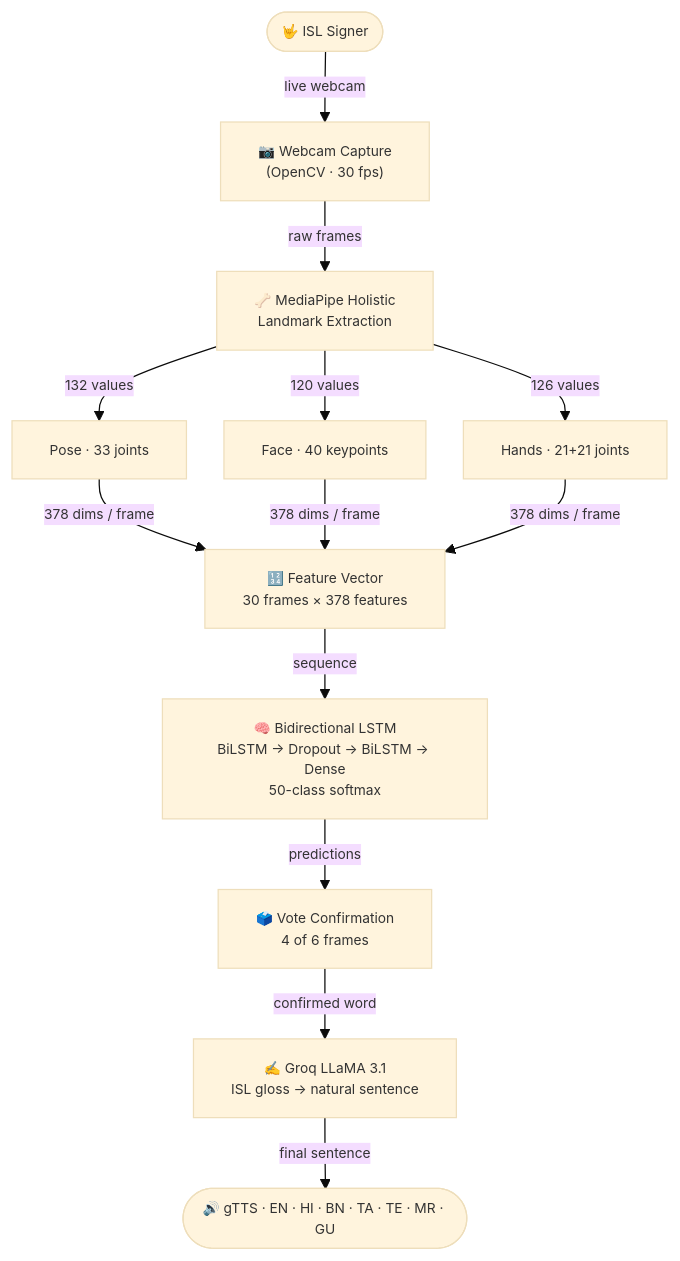
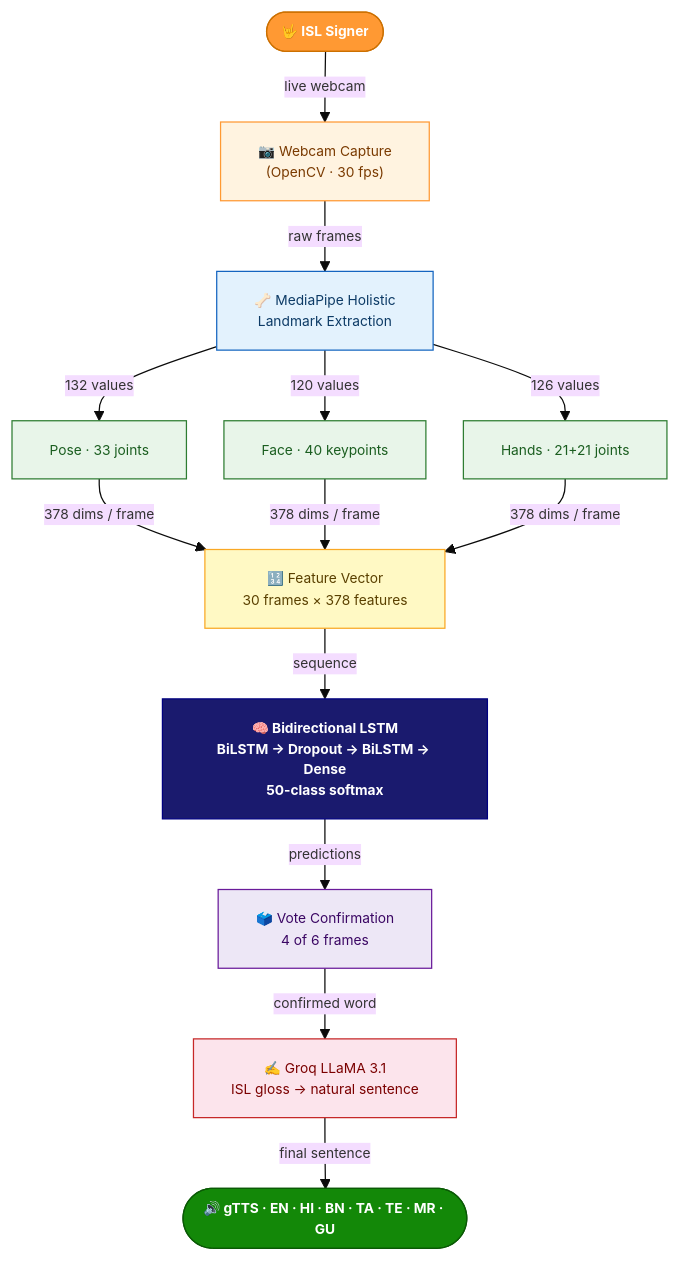
Before and after one commit to architinit/Real-Time-Indic-Sign-Language-to-Speech-Translator: the diagram in README.md, drawn with Mermaid.

````diff
--- a/README.md
+++ b/README.md
@@ -23,14 +23,24 @@
 ```mermaid
 %%{init: {'theme': 'base', 'themeVariables': {'fontSize': '11px'}, 'flowchart': {'nodeSpacing': 30, 'rankSpacing': 40}}}%%
 graph TD
-    A(["🤟 ISL Signer"]) -->|live webcam| B["📷 Webcam Capture<br/>(OpenCV · 30 fps)"]
-    B -->|raw frames| C["🦴 MediaPipe Holistic<br/>Landmark Extraction"]
-    C -->|132 values| D1["Pose · 33 joints"]
-    C -->|120 values| D2["Face · 40 keypoints"]
-    C -->|126 values| D3["Hands · 21+21 joints"]
-    D1 & D2 & D3 -->|378 dims / frame| E["🔢 Feature Vector<br/>30 frames × 378 features"]
-    E -->|sequence| F["🧠 Bidirectional LSTM<br/>BiLSTM → Dropout → BiLSTM → Dense<br/>50-class softmax"]
-    F -->|predictions| G["🗳️ Vote Confirmation<br/>4 of 6 frames"]
-    G -->|confirmed word| H["✍️ Groq LLaMA 3.1<br/>ISL gloss → natural sentence"]
-    H -->|final sentence| I(["🔊 gTTS · EN · HI · BN · TA · TE · MR · GU"])
+    A(["🤟 ISL Signer"]):::signer -->|live webcam| B["📷 Webcam Capture<br/>(OpenCV · 30 fps)"]:::capture
+    B -->|raw frames| C["🦴 MediaPipe Holistic<br/>Landmark Extraction"]:::mediapipe
+    C -->|132 values| D1["Pose · 33 joints"]:::branch
+    C -->|120 values| D2["Face · 40 keypoints"]:::branch
+    C -->|126 values| D3["Hands · 21+21 joints"]:::branch
+    D1 & D2 & D3 -->|378 dims / frame| E["🔢 Feature Vector<br/>30 frames × 378 features"]:::feature
+    E -->|sequence| F["🧠 Bidirectional LSTM<br/>BiLSTM → Dropout → BiLSTM → Dense<br/>50-class softmax"]:::model
+    F -->|predictions| G["🗳️ Vote Confirmation<br/>4 of 6 frames"]:::vote
+    G -->|confirmed word| H["✍️ Groq LLaMA 3.1<br/>ISL gloss → natural sentence"]:::llm
+    H -->|final sentence| I(["🔊 gTTS · EN · HI · BN · TA · TE · MR · GU"]):::speech
+
+    classDef signer   fill:#FF9933,stroke:#cc7000,color:#fff,font-weight:bold
+    classDef capture  fill:#FFF3E0,stroke:#FF9933,color:#7a3a00
+    classDef mediapipe fill:#E3F2FD,stroke:#1565C0,color:#0D3B66
+    classDef branch   fill:#E8F5E9,stroke:#2E7D32,color:#1B5E20
+    classDef feature  fill:#FFF9C4,stroke:#F9A825,color:#5a4000
+    classDef model    fill:#1a1a6e,stroke:#000080,color:#ffffff,font-weight:bold
+    classDef vote     fill:#EDE7F6,stroke:#6A1B9A,color:#3b0764
+    classDef llm      fill:#FCE4EC,stroke:#C62828,color:#7b0000
+    classDef speech   fill:#138808,stroke:#0a5a05,color:#ffffff,font-weight:bold
 ```
````
